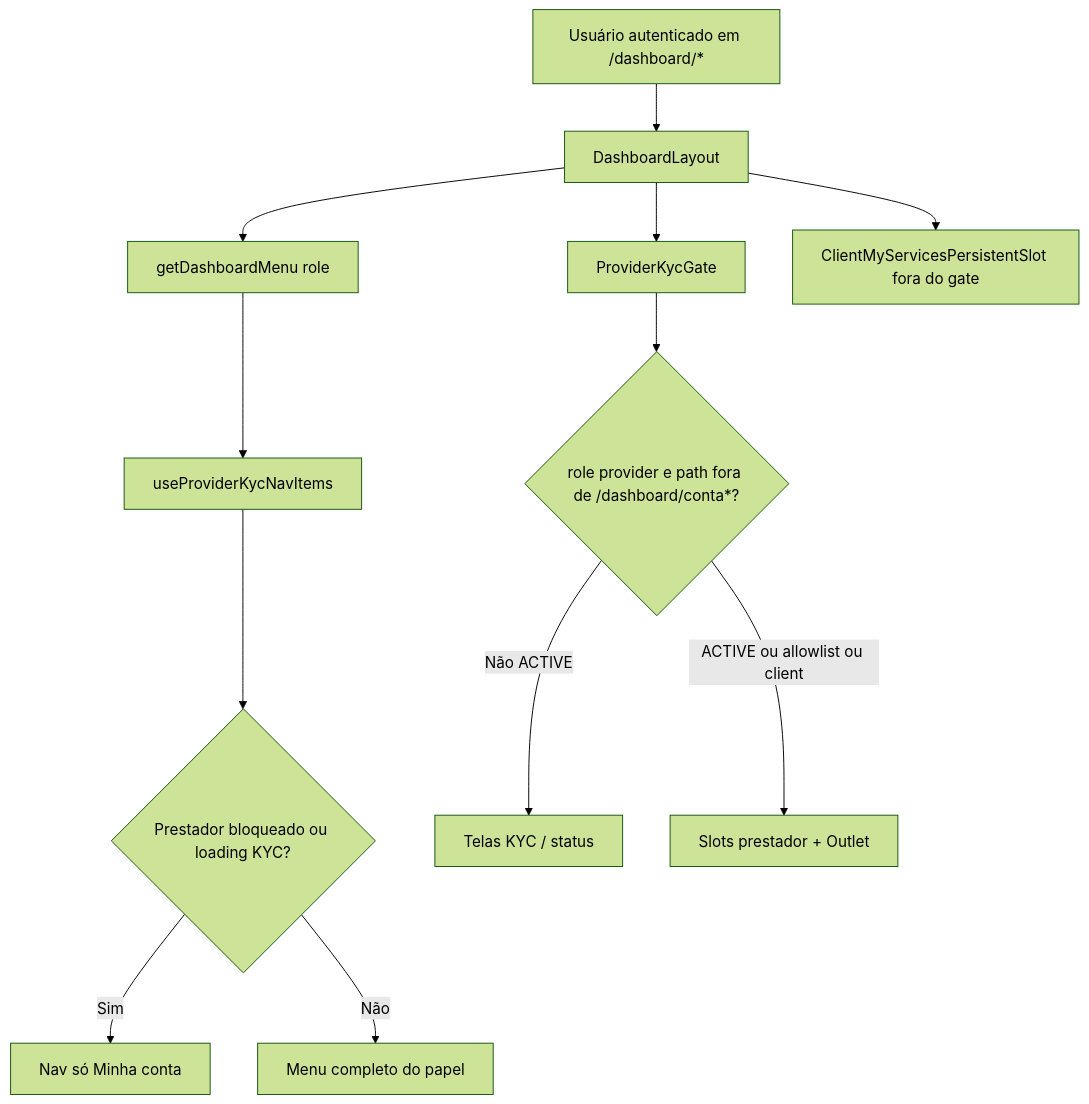
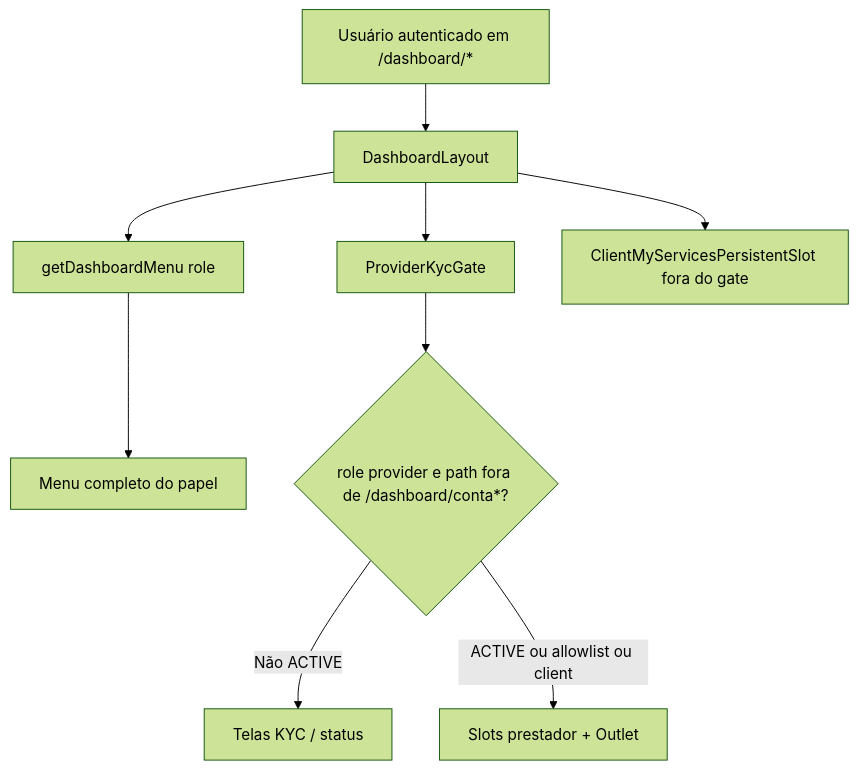
The diagram in docs/business/modulos/dashboard-shell/features/placeholders-e-menu.md (higorpo/renovi-orbit-test), drawn with Mermaid (forest theme) before and after one commit. The commit also changed other lines of this file and 23 other files, not shown here.

````diff
--- a/docs/business/modulos/dashboard-shell/features/placeholders-e-menu.md
+++ b/docs/business/modulos/dashboard-shell/features/placeholders-e-menu.md
@@ -56,14 +56,11 @@
 ```mermaid
 flowchart TD
   A[Usuário autenticado em /dashboard/*] --> B[DashboardLayout]
   B --> C[getDashboardMenu role]
-  C --> D[useProviderKycNavItems]
-  D --> E{Prestador bloqueado ou loading KYC?}
-  E -->|Sim| F[Nav só Minha conta]
-  E -->|Não| G[Menu completo do papel]
+  C --> G[Menu completo do papel]
   B --> H[ProviderKycGate]
   H --> I{role provider e path fora de /dashboard/conta*?}
   I -->|Não ACTIVE| J[Telas KYC / status]
   I -->|ACTIVE ou allowlist ou client| K[Slots prestador + Outlet]
   B --> L[ClientMyServicesPersistentSlot fora do gate]
 ```
````
